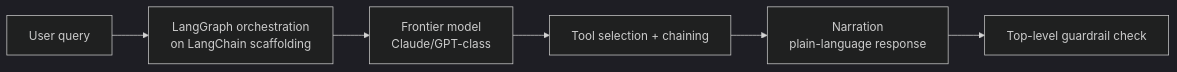
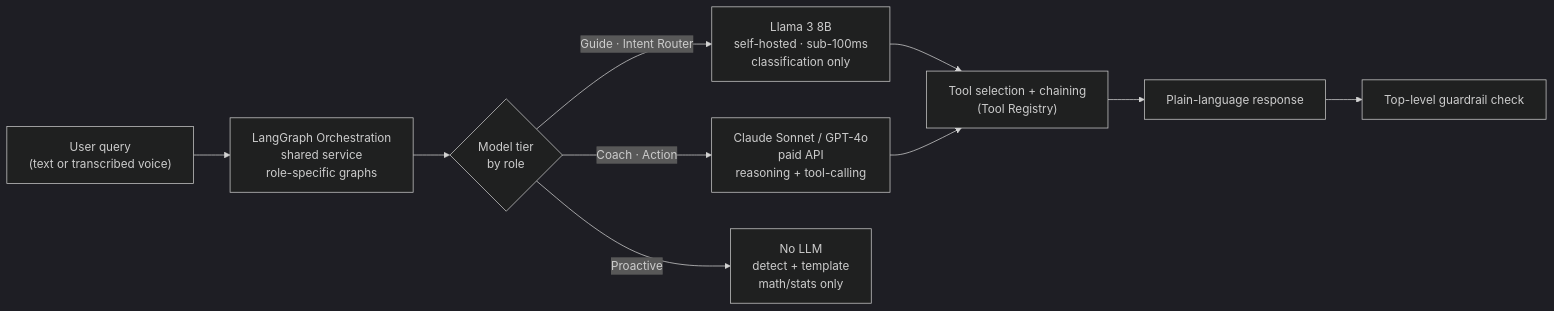
Before and after one commit to cozmox-projects/good-score-ai-system: the eighth of 11 diagrams in 1. Overall Architecture/technical_architecture_HLD.md, drawn with Mermaid (dark theme). The commit also changed other lines of this file, not shown here.

Commit message:
Updated the Technical Architecture document to cleaned up version

````diff
--- a/1. Overall Architecture/technical_architecture_HLD.md
+++ b/1. Overall Architecture/technical_architecture_HLD.md
@@ -117,8 +541,22 @@
 ```mermaid
 flowchart LR
-    Q["User query"] --> ROUTE["LangGraph orchestration<br/>on LangChain scaffolding"]
-    ROUTE --> FRONTIER["Frontier model<br/>Claude/GPT-class"]
-    FRONTIER --> TOOLCALL["Tool selection + chaining"]
-    TOOLCALL --> NARRATE["Narration<br/>plain-language response"]
+    Q["User query
+    (text or transcribed voice)"] --> ROUTE["LangGraph Orchestration
+    shared service
+    role-specific graphs"]
+    ROUTE --> TIER{"Model tier
+    by role"}
+    TIER -->|"Guide · Intent Router"| SMALL["Llama 3 8B
+    self-hosted · sub-100ms
+    classification only"]
+    TIER -->|"Coach · Action"| FRONTIER["Claude Sonnet / GPT-4o
+    paid API
+    reasoning + tool-calling"]
+    TIER -->|"Proactive"| NONE["No LLM
+    detect + template
+    math/stats only"]
+    SMALL & FRONTIER --> TOOLCALL["Tool selection + chaining
+    (Tool Registry)"]
+    TOOLCALL --> NARRATE["Plain-language response"]
     NARRATE --> GUARD["Top-level guardrail check"]
 ```
````
